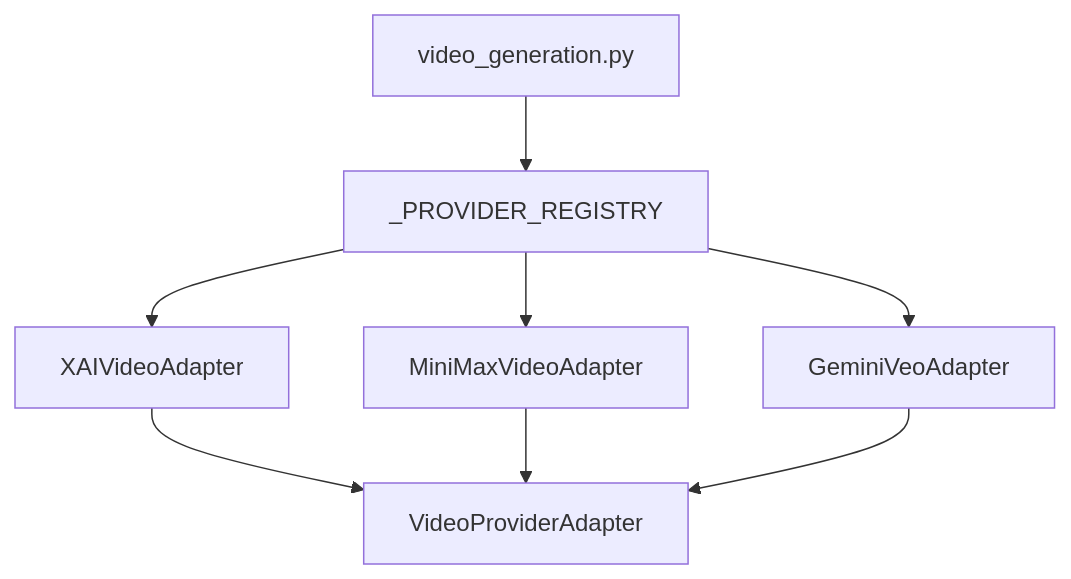
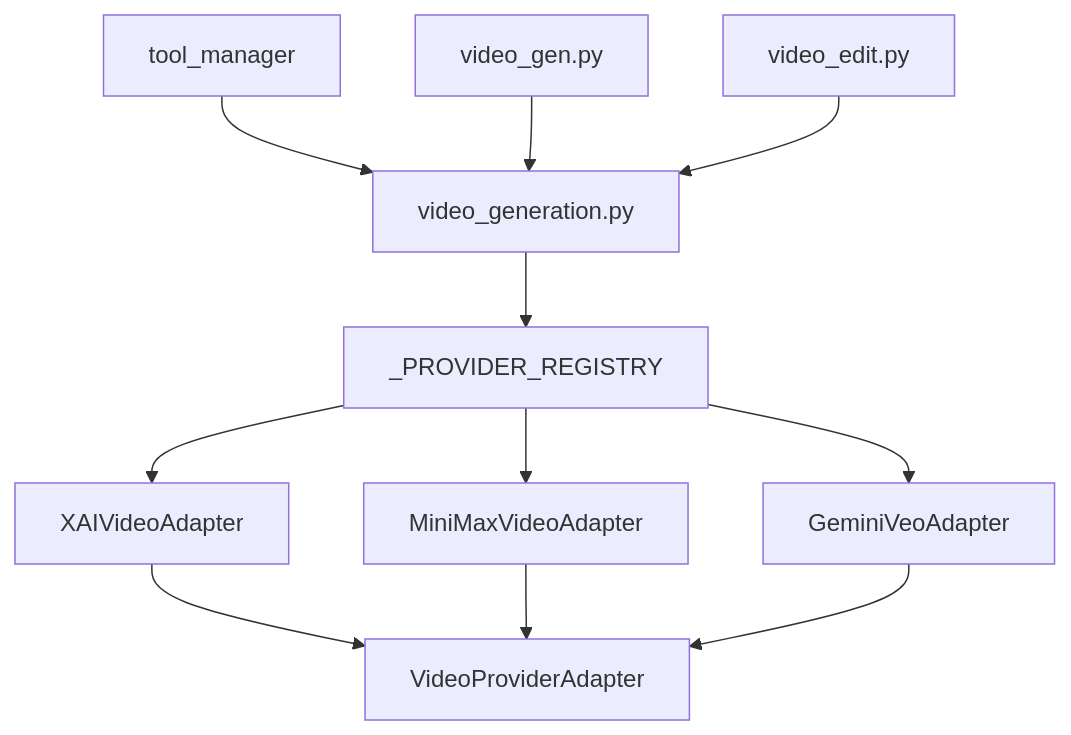
One commit to KunLabAI/KunFlix changed the ninth of 9 diagrams in .qoder/repowiki/zh/content/后端服务架构/业务服务层/媒体生成服务/视频提供商适配器.md. Above: the diagram before and after it, drawn with Mermaid. The commit also changed other lines of this file and 29 other files, not shown here.

````diff
--- a/.qoder/repowiki/zh/content/后端服务架构/业务服务层/媒体生成服务/视频提供商适配器.md
+++ b/.qoder/repowiki/zh/content/后端服务架构/业务服务层/媒体生成服务/视频提供商适配器.md
@@ -328,10 +402,13 @@
 ```mermaid
 graph TB
 FACT["video_generation.py"] --> REG["_PROVIDER_REGISTRY"]
 REG --> X["XAIVideoAdapter"]
 REG --> M["MiniMaxVideoAdapter"]
 REG --> G["GeminiVeoAdapter"]
 X --> B["VideoProviderAdapter"]
 M --> B
 G --> B
+TM["tool_manager"] --> FACT
+VIDEOGEN["video_gen.py"] --> FACT
+VIDEOEDIT["video_edit.py"] --> FACT
 ```
````
